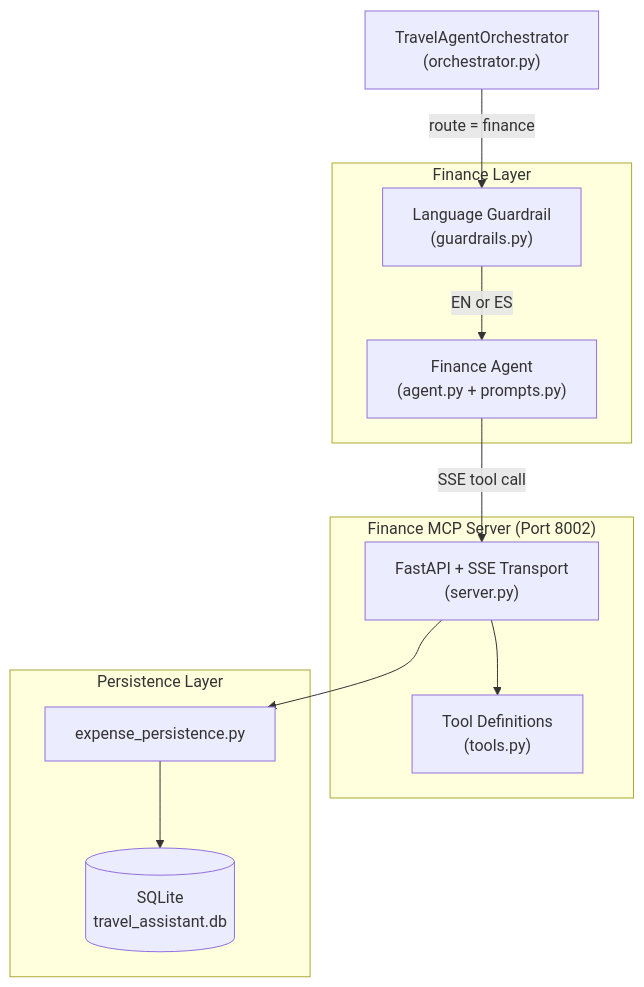
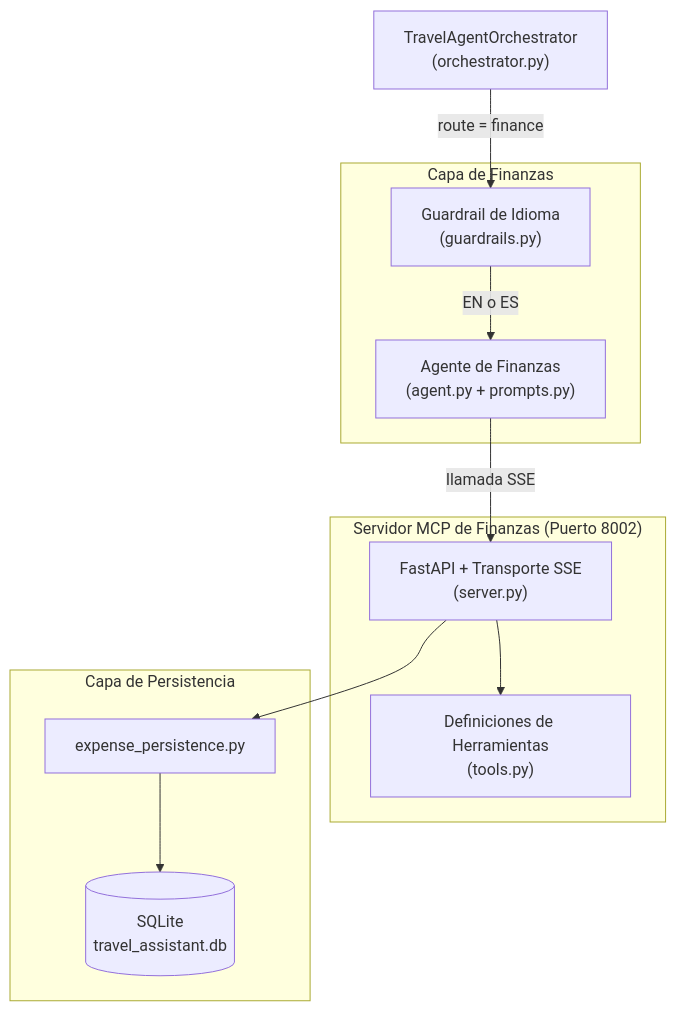
One commit to CharlyMoncada/travel-assitant changed the diagram in documentation/Finance Service.md. Above: the diagram before and after it, drawn with Mermaid. The commit also changed other lines of this file and 1 other file, not shown here.

Commit message:
docs(finance): translate service and guardrail documentation to Spanish

````diff
--- a/documentation/Finance Service.md
+++ b/documentation/Finance Service.md
@@ -14,26 +14,26 @@
 ```mermaid
 flowchart TD
     orchestrator["TravelAgentOrchestrator\n(orchestrator.py)"]
 
-    subgraph financeLayer ["Finance Layer"]
-        guardrail["Language Guardrail\n(guardrails.py)"]
-        agent["Finance Agent\n(agent.py + prompts.py)"]
+    subgraph financeLayer ["Capa de Finanzas"]
+        guardrail["Guardrail de Idioma\n(guardrails.py)"]
+        agent["Agente de Finanzas\n(agent.py + prompts.py)"]
     end
 
-    subgraph mcpServer ["Finance MCP Server (Port 8002)"]
-        server["FastAPI + SSE Transport\n(server.py)"]
-        tools["Tool Definitions\n(tools.py)"]
+    subgraph mcpServer ["Servidor MCP de Finanzas (Puerto 8002)"]
+        server["FastAPI + Transporte SSE\n(server.py)"]
+        tools["Definiciones de Herramientas\n(tools.py)"]
         server --> tools
     end
 
-    subgraph persistence ["Persistence Layer"]
+    subgraph persistence ["Capa de Persistencia"]
         expPersist["expense_persistence.py"]
         db[("SQLite\ntravel_assistant.db")]
         expPersist --> db
     end
 
     orchestrator -->|"route = finance"| guardrail
-    guardrail -->|"EN or ES"| agent
-    agent -->|"SSE tool call"| server
+    guardrail -->|"EN o ES"| agent
+    agent -->|"llamada SSE"| server
     server --> expPersist
 ```
````
